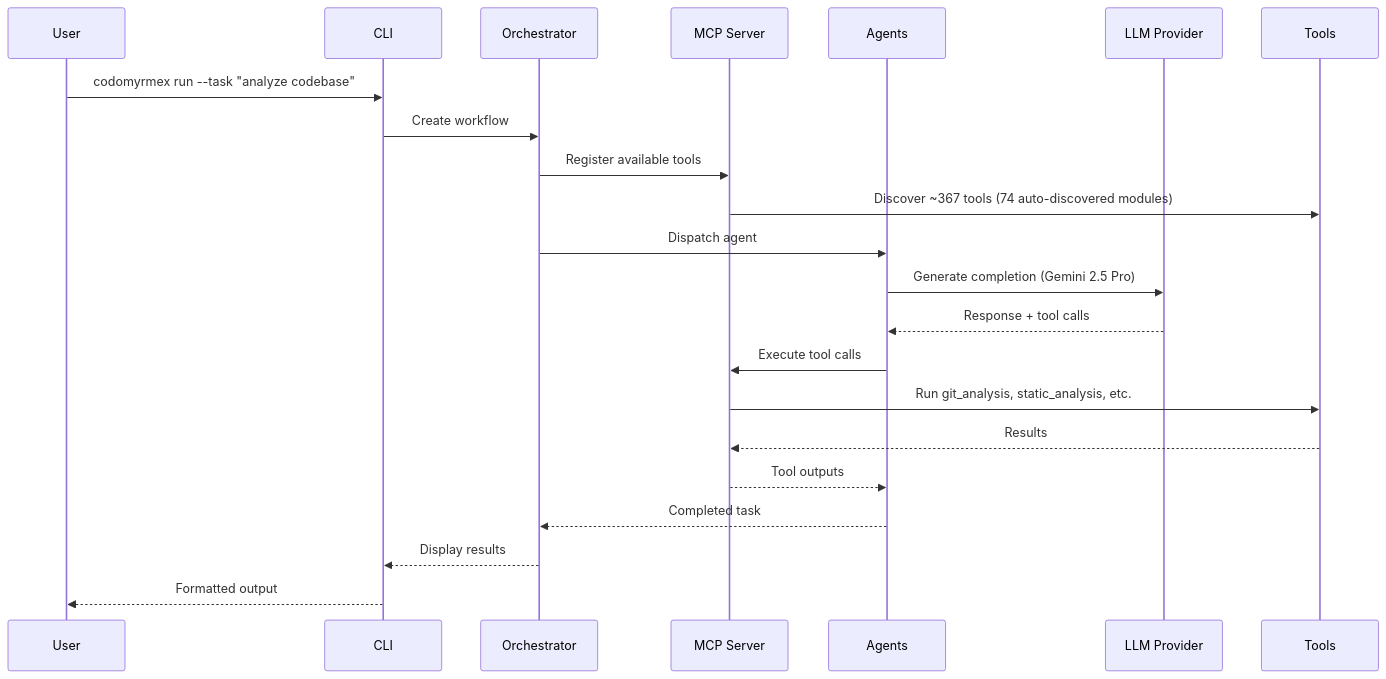
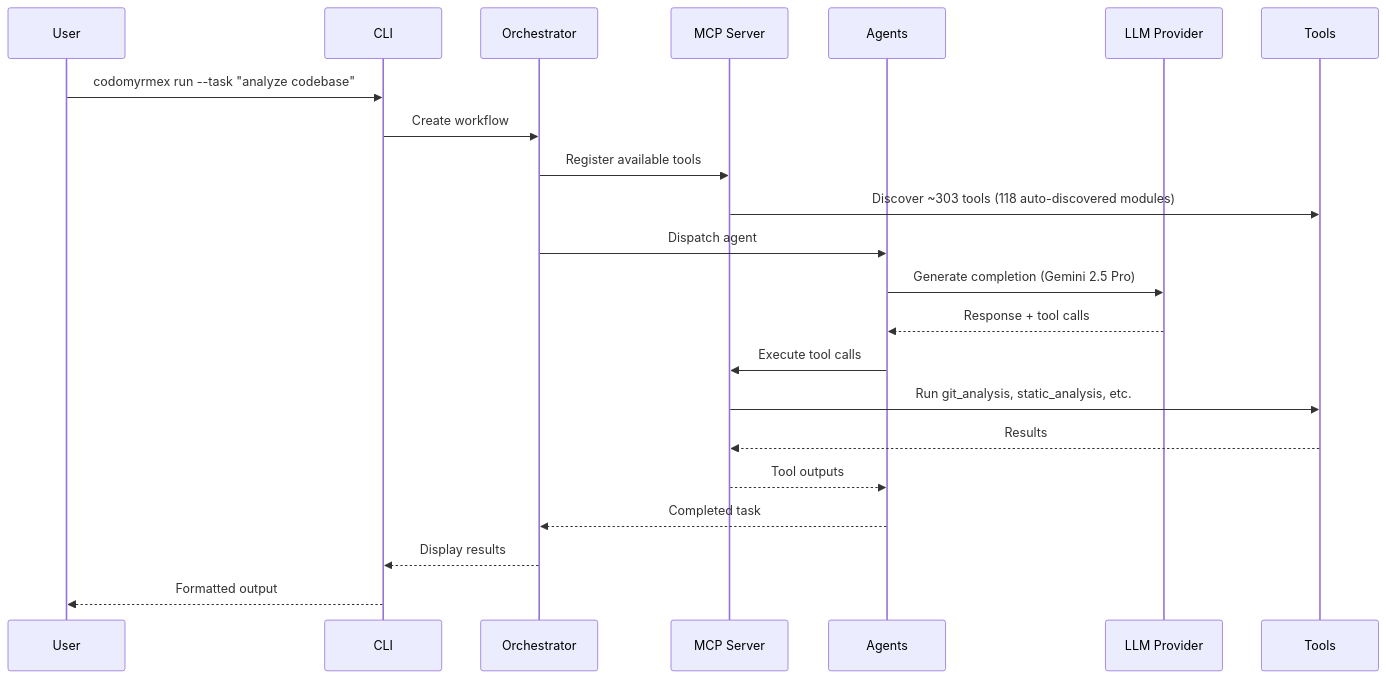
The third of 7 diagrams in .github/README.md (docxology/codomyrmex), drawn with Mermaid before and after one commit. The commit also changed other lines of this file and 72 other files, not shown here.

````diff
--- a/.github/README.md
+++ b/.github/README.md
@@ -361,25 +361,25 @@
 ```mermaid
 sequenceDiagram
     participant User
     participant CLI
     participant Orchestrator
     participant MCP as MCP Server
     participant Agents
     participant LLM as LLM Provider
     participant Tools
 
     User->>CLI: codomyrmex run --task "analyze codebase"
     CLI->>Orchestrator: Create workflow
     Orchestrator->>MCP: Register available tools
-    MCP->>Tools: Discover ~367 tools (74 auto-discovered modules)
+    MCP->>Tools: Discover ~303 tools (118 auto-discovered modules)
     Orchestrator->>Agents: Dispatch agent
     Agents->>LLM: Generate completion (Gemini 2.5 Pro)
     LLM-->>Agents: Response + tool calls
     Agents->>MCP: Execute tool calls
     MCP->>Tools: Run git_analysis, static_analysis, etc.
     Tools-->>MCP: Results
     MCP-->>Agents: Tool outputs
     Agents-->>Orchestrator: Completed task
     Orchestrator-->>CLI: Display results
     CLI-->>User: Formatted output
 ```
````
